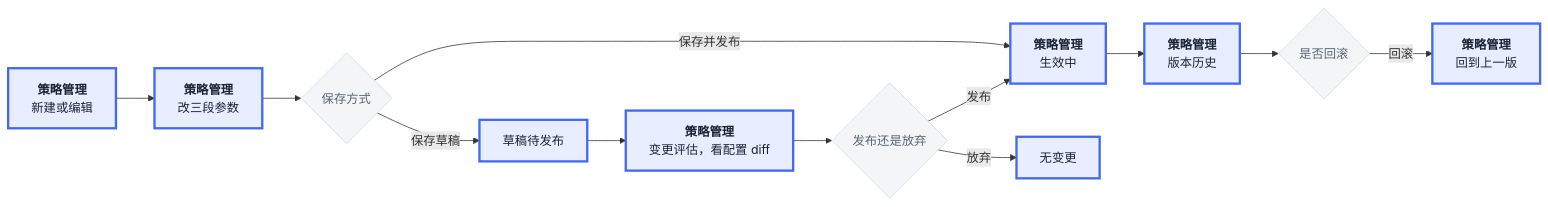
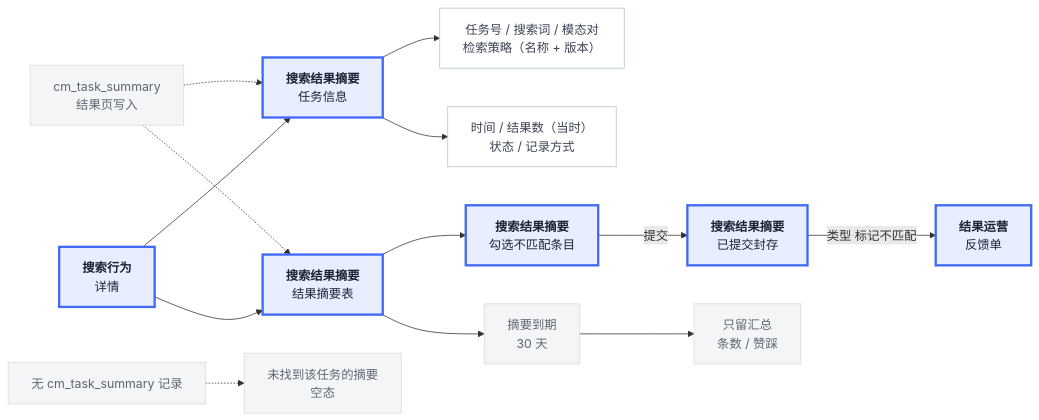
One commit to helichiyu/hyqx-cross-modal-retrieval changed the sixth of 12 diagrams in docs/【数据流图】跨模态检索中心 · 系统数据流.md. Above: the diagram before and after it, drawn with Mermaid. The commit also changed other lines of this file and 10 other files, not shown here.

````diff
--- a/docs/【数据流图】跨模态检索中心 · 系统数据流.md
+++ b/docs/【数据流图】跨模态检索中心 · 系统数据流.md
@@ -234,19 +241,21 @@
 ```mermaid
 flowchart LR
-  A["<b>策略管理</b><br/>新建或编辑"] --> B["<b>策略管理</b><br/>改三段参数"]
-  B --> C{保存方式}
-  C -->|保存草稿| D["草稿待发布"]
-  C -->|保存并发布| G["<b>策略管理</b><br/>生效中"]
-  D --> E["<b>策略管理</b><br/>变更评估，看配置 diff"]
-  E --> F{发布还是放弃}
-  F -->|发布| G
-  F -->|放弃| H["无变更"]
-  G --> I["<b>策略管理</b><br/>版本历史"]
-  I --> J{是否回滚}
-  J -->|回滚| K["<b>策略管理</b><br/>回到上一版"]
+  S["cm_task_summary<br/>结果页写入"] -.-> B["<b>搜索结果摘要</b><br/>任务信息"]
+  S -.-> C["<b>搜索结果摘要</b><br/>结果摘要表"]
+  A["<b>搜索行为</b><br/>详情"] --> B
+  A --> C
+  B --> B1["任务号 / 搜索词 / 模态对<br/>检索策略（名称 + 版本）"]
+  B --> B2["时间 / 结果数（当时）<br/>状态 / 记录方式"]
+  C --> D["<b>搜索结果摘要</b><br/>勾选不匹配条目"]
+  D -->|提交| E["<b>搜索结果摘要</b><br/>已提交封存"]
+  E -->|类型 标记不匹配| F["<b>结果运营</b><br/>反馈单"]
+  C --> X["摘要到期<br/>30 天"] --> Y["只留汇总<br/>条数 / 赞踩"]
+  Z["无 cm_task_summary 记录"] -.-> N["未找到该任务的摘要<br/>空态"]
 
   classDef l2 fill:#e8eeff,stroke:#4169f6,color:#1c2434,stroke-width:3px
+  classDef fn fill:#ffffff,stroke:#b7c0d0,color:#3a4252,stroke-width:1px
   classDef step fill:#f4f5f7,stroke:#d5dae3,color:#5c6573,stroke-width:1px
-  class A,B,D,E,G,H,I,K l2
-  class C,F,J step
+  class A,B,C,D,E,F l2
+  class B1,B2 fn
+  class S,X,Y,Z,N step
 ```
````
